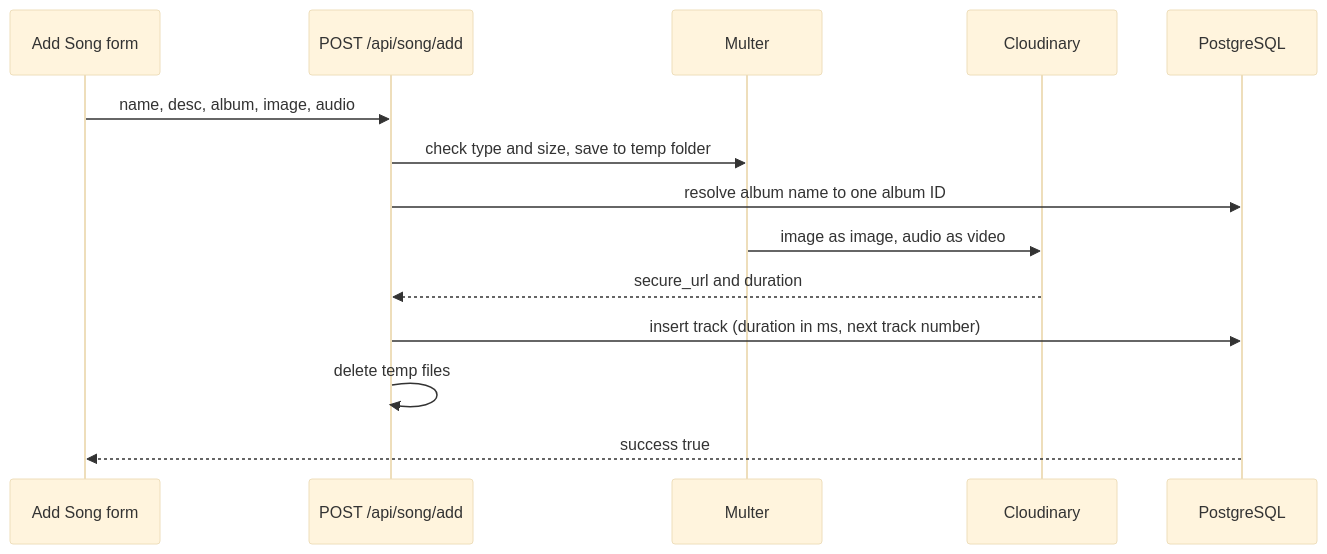
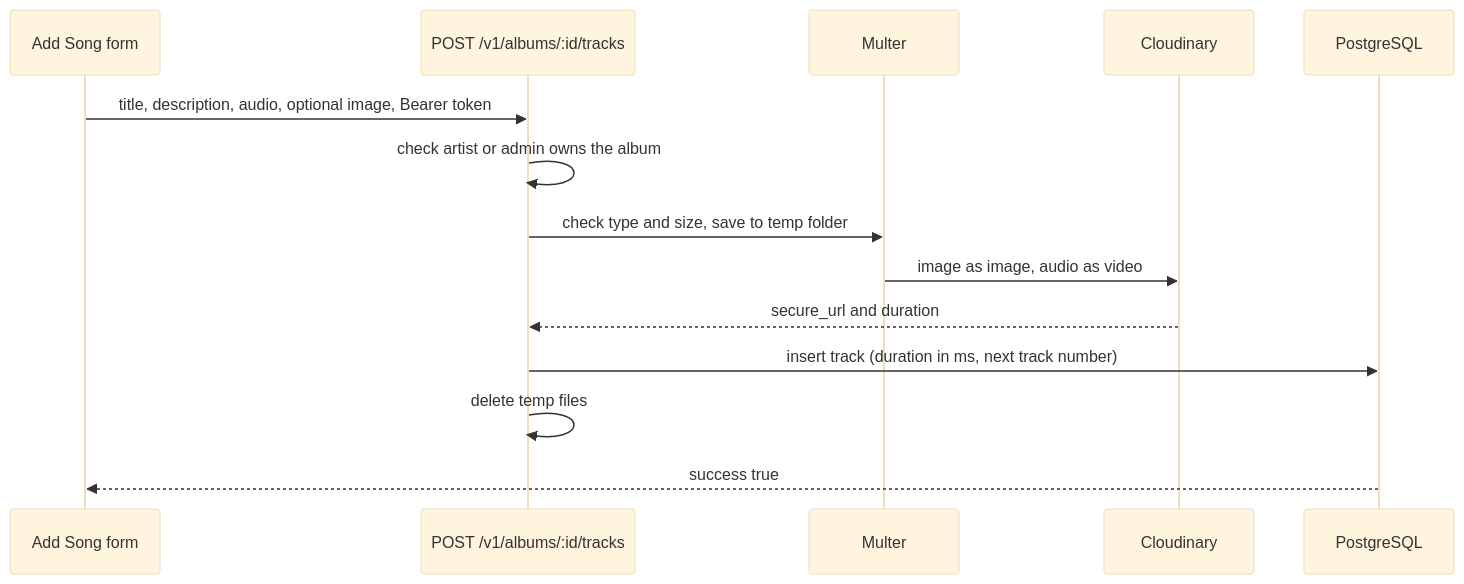
The fourth of 4 diagrams in README.md (kuldeepsinghr/Spotify-clone), drawn with Mermaid (base theme) before and after one commit. The commit also changed other lines of this file and 45 other files, not shown here.

````diff
--- a/README.md
+++ b/README.md
@@ -136,17 +135,17 @@
 ```mermaid
 sequenceDiagram
   participant Admin as Add Song form
-  participant API as POST /api/song/add
+  participant API as POST /v1/albums/:id/tracks
   participant Multer as Multer
   participant CDN as Cloudinary
   participant DB as PostgreSQL
 
-  Admin->>API: name, desc, album, image, audio
+  Admin->>API: title, description, audio, optional image, Bearer token
+  API->>API: check artist or admin owns the album
   API->>Multer: check type and size, save to temp folder
-  API->>DB: resolve album name to one album ID
   Multer->>CDN: image as image, audio as video
   CDN-->>API: secure_url and duration
   API->>DB: insert track (duration in ms, next track number)
   API->>API: delete temp files
   DB-->>Admin: success true
 ```
````
